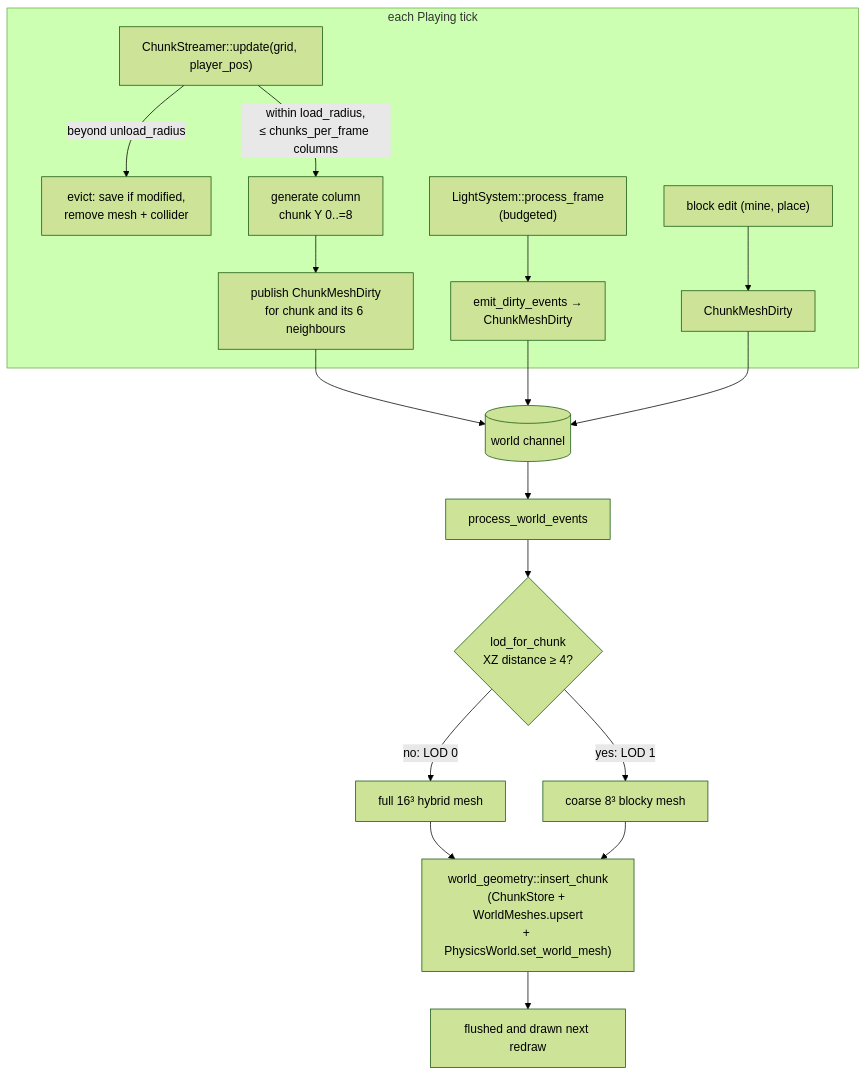
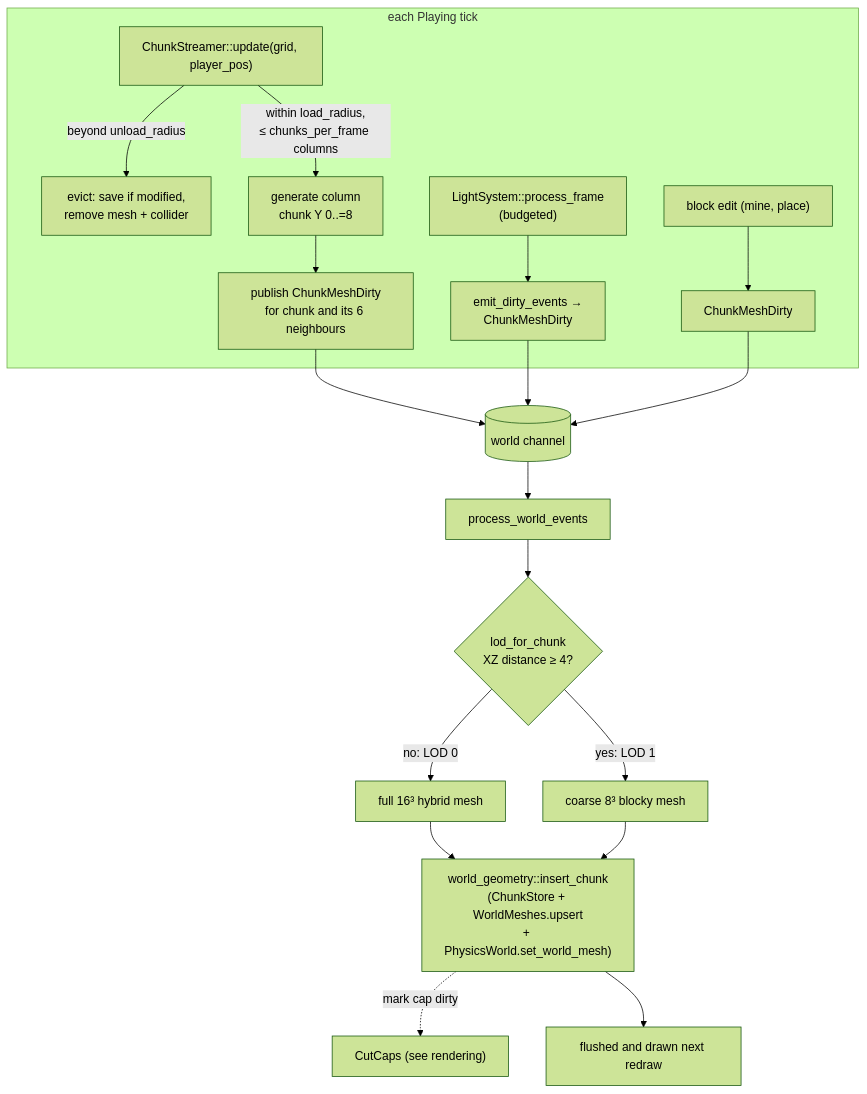
Before and after one commit to WrackedFella/moho: the diagram in wiki/architecture/world-streaming.md, drawn with Mermaid (forest theme). The commit also changed 3 other files, not shown here.

First line of the commit message:
docs(wiki): cut-face caps, the frame step and the marker lid (#432)

````diff
--- a/wiki/architecture/world-streaming.md
+++ b/wiki/architecture/world-streaming.md
@@ -10,18 +10,19 @@
 ```mermaid
 flowchart TD
     subgraph frame["each Playing tick"]
         S["ChunkStreamer::update(grid, player_pos)"]
         S -->|"beyond unload_radius"| EV["evict: save if modified,<br/>remove mesh + collider"]
         S -->|"within load_radius,<br/>≤ chunks_per_frame columns"| LD["generate column<br/>chunk Y 0..=8"]
         LD --> D1["publish ChunkMeshDirty<br/>for chunk and its 6 neighbours"]
         LS["LightSystem::process_frame<br/>(budgeted)"] --> D2["emit_dirty_events →<br/>ChunkMeshDirty"]
         EDIT["block edit (mine, place)"] --> D3["ChunkMeshDirty"]
     end
     D1 & D2 & D3 --> CH[("world channel")]
     CH --> PW["process_world_events"]
     PW --> LOD{"lod_for_chunk<br/>XZ distance ≥ 4?"}
     LOD -- "no: LOD 0" --> M0["full 16³ hybrid mesh"]
     LOD -- "yes: LOD 1" --> M1["coarse 8³ blocky mesh"]
     M0 & M1 --> OUT["world_geometry::insert_chunk<br/>(ChunkStore + WorldMeshes.upsert<br/>+ PhysicsWorld.set_world_mesh)"]
+    OUT -. "mark cap dirty" .-> CAP["CutCaps (see rendering)"]
     OUT --> R["flushed and drawn next redraw"]
 ```
````
